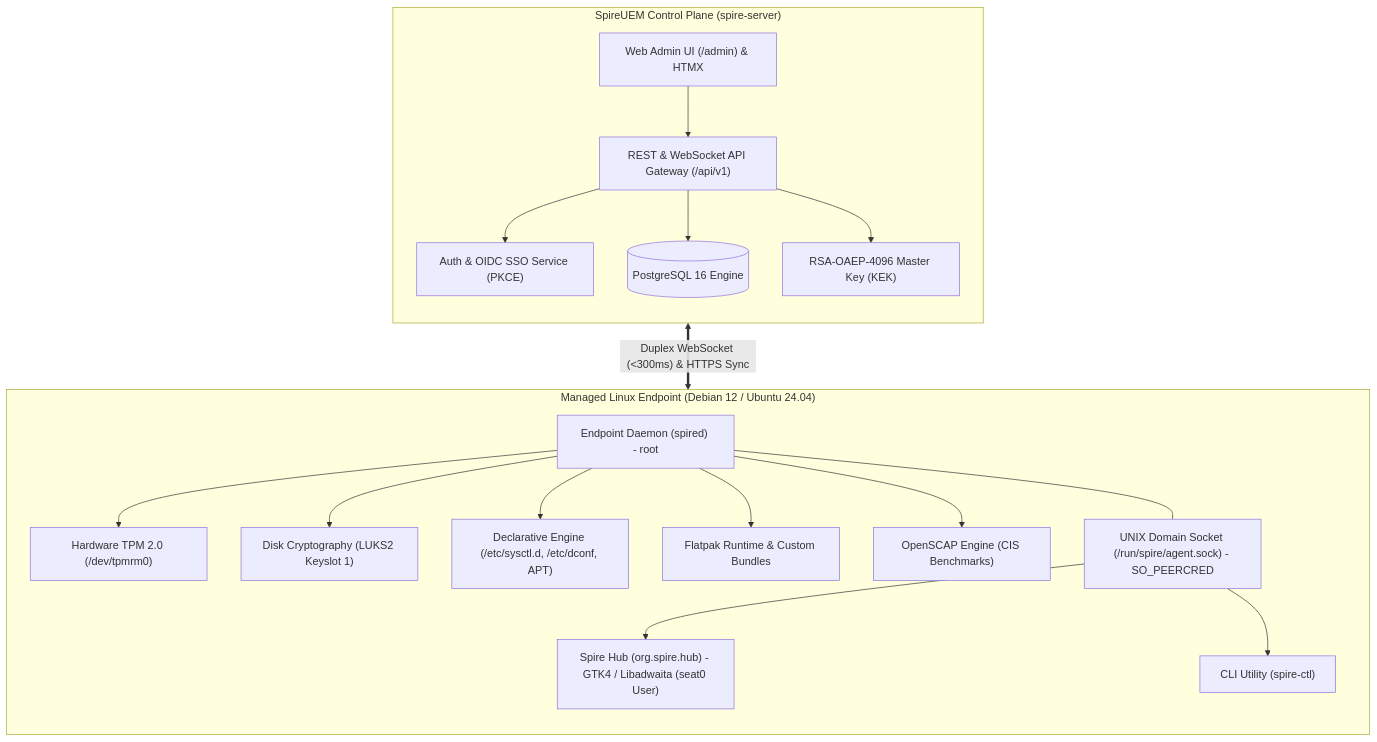
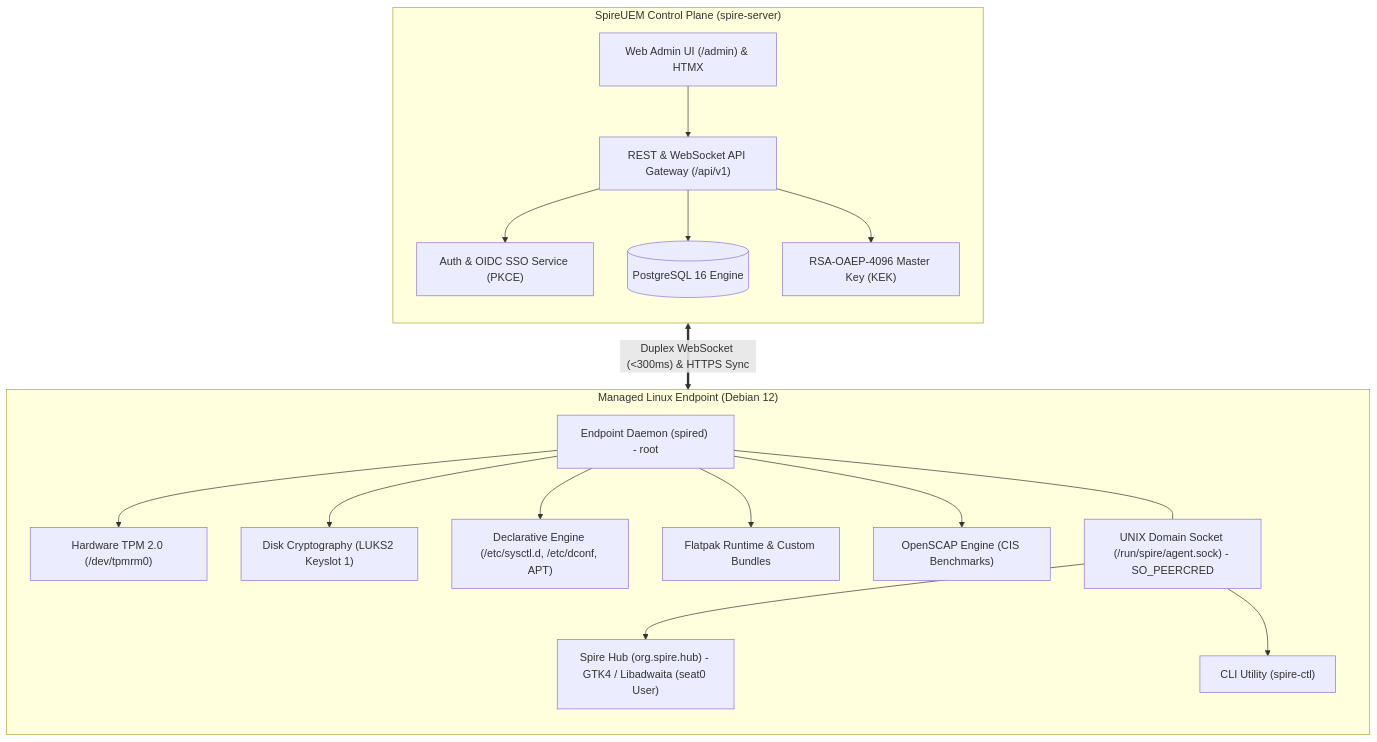
One commit to graynetwork/spire-uem changed the diagram in README.md. Above: the diagram before and after it, drawn with Mermaid. The commit also changed other lines of this file and 4 other files, not shown here.

````diff
--- a/README.md
+++ b/README.md
@@ -17,42 +17,42 @@
 ```mermaid
 flowchart TD
     subgraph ControlPlane["SpireUEM Control Plane (spire-server)"]
         direction TB
         WebUI["Web Admin UI (/admin) & HTMX"]
         API["REST & WebSocket API Gateway (/api/v1)"]
         AuthSvc["Auth & OIDC SSO Service (PKCE)"]
         DB[(PostgreSQL 16 Engine)]
         KEK["RSA-OAEP-4096 Master Key (KEK)"]
         
         WebUI --> API
         API --> AuthSvc
         API --> DB
         API --> KEK
     end
 
-    subgraph ClientEndpoint["Managed Linux Endpoint (Debian 12 / Ubuntu 24.04)"]
+    subgraph ClientEndpoint["Managed Linux Endpoint (Debian 12)"]
         direction TB
         Spired["Endpoint Daemon (spired) - root"]
         IPCSocket["UNIX Domain Socket (/run/spire/agent.sock) - SO_PEERCRED"]
         SpireHub["Spire Hub (org.spire.hub) - GTK4 / Libadwaita (seat0 User)"]
         SpireCTL["CLI Utility (spire-ctl)"]
 
         TPM["Hardware TPM 2.0 (/dev/tpmrm0)"]
         LUKS["Disk Cryptography (LUKS2 Keyslot 1)"]
         OSConfigs["Declarative Engine (/etc/sysctl.d, /etc/dconf, APT)"]
         Flatpak["Flatpak Runtime & Custom Bundles"]
         SCAP["OpenSCAP Engine (CIS Benchmarks)"]
 
         Spired --> TPM
         Spired --> LUKS
         Spired --> OSConfigs
         Spired --> Flatpak
         Spired --> SCAP
 
         Spired --- IPCSocket
         IPCSocket --> SpireHub
         IPCSocket --> SpireCTL
     end
 
     API <== "Duplex WebSocket (<300ms) & HTTPS Sync" ==> Spired
 ```
````
